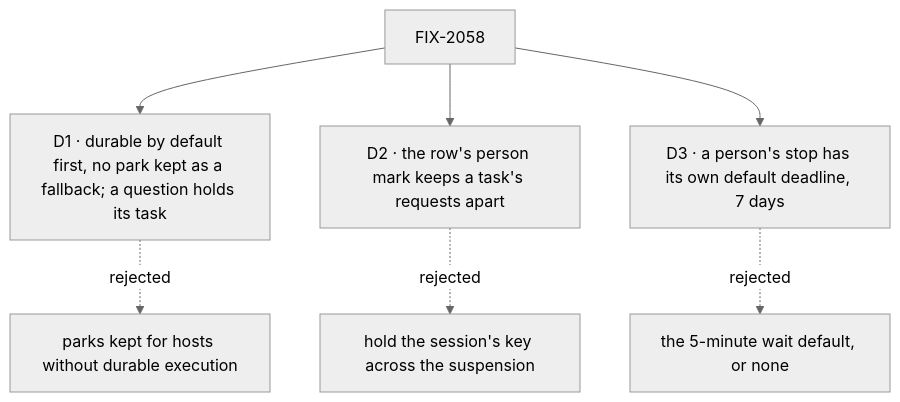
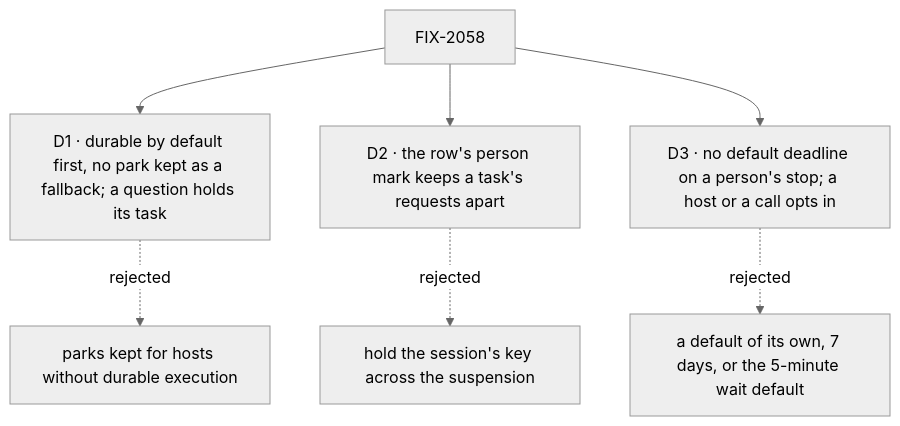
One commit to fixpoint-labs/flow-state-dev changed the diagram in specs/epics/FIX-2058/DECISIONS.md. Above: the diagram before and after it, drawn with Mermaid (neutral theme). The commit also changed other lines of this file and 21 other files, not shown here.

First line of the commit message:
spec(FIX-2058): no default deadline for a person stop, plus analysis folds (#3833)

````diff
--- a/specs/epics/FIX-2058/DECISIONS.md
+++ b/specs/epics/FIX-2058/DECISIONS.md
@@ -12,9 +12,9 @@
 ```mermaid
 flowchart TD
   E["FIX-2058"] --> D1["D1 · durable by default first, no park kept as a fallback; a question holds its task"]
   D1 -.->|"rejected"| X1["parks kept for hosts without durable execution"]
   E --> D2["D2 · the row's person mark keeps a task's requests apart"]
   D2 -.->|"rejected"| X2["hold the session's key across the suspension"]
-  E --> D3["D3 · a person's stop has its own default deadline, 7 days"]
-  D3 -.->|"rejected"| X3["the 5-minute wait default, or none"]
+  E --> D3["D3 · no default deadline on a person's stop; a host or a call opts in"]
+  D3 -.->|"rejected"| X3["a default of its own, 7 days, or the 5-minute wait default"]
 ```
````
